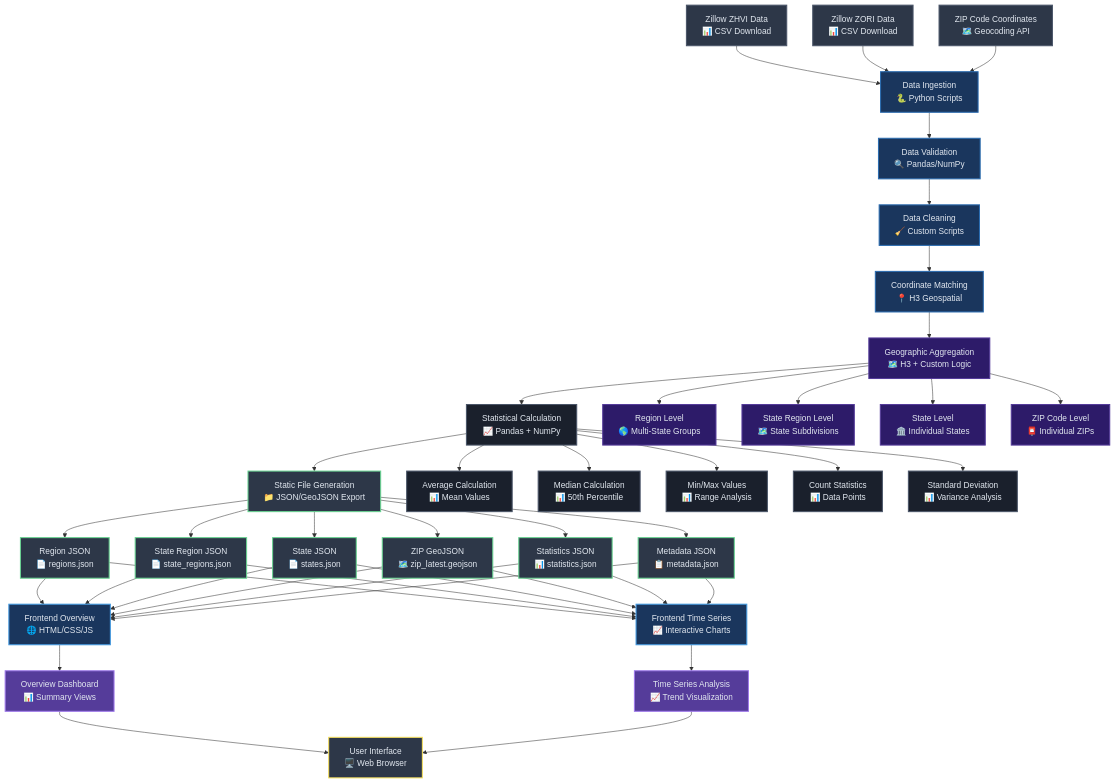
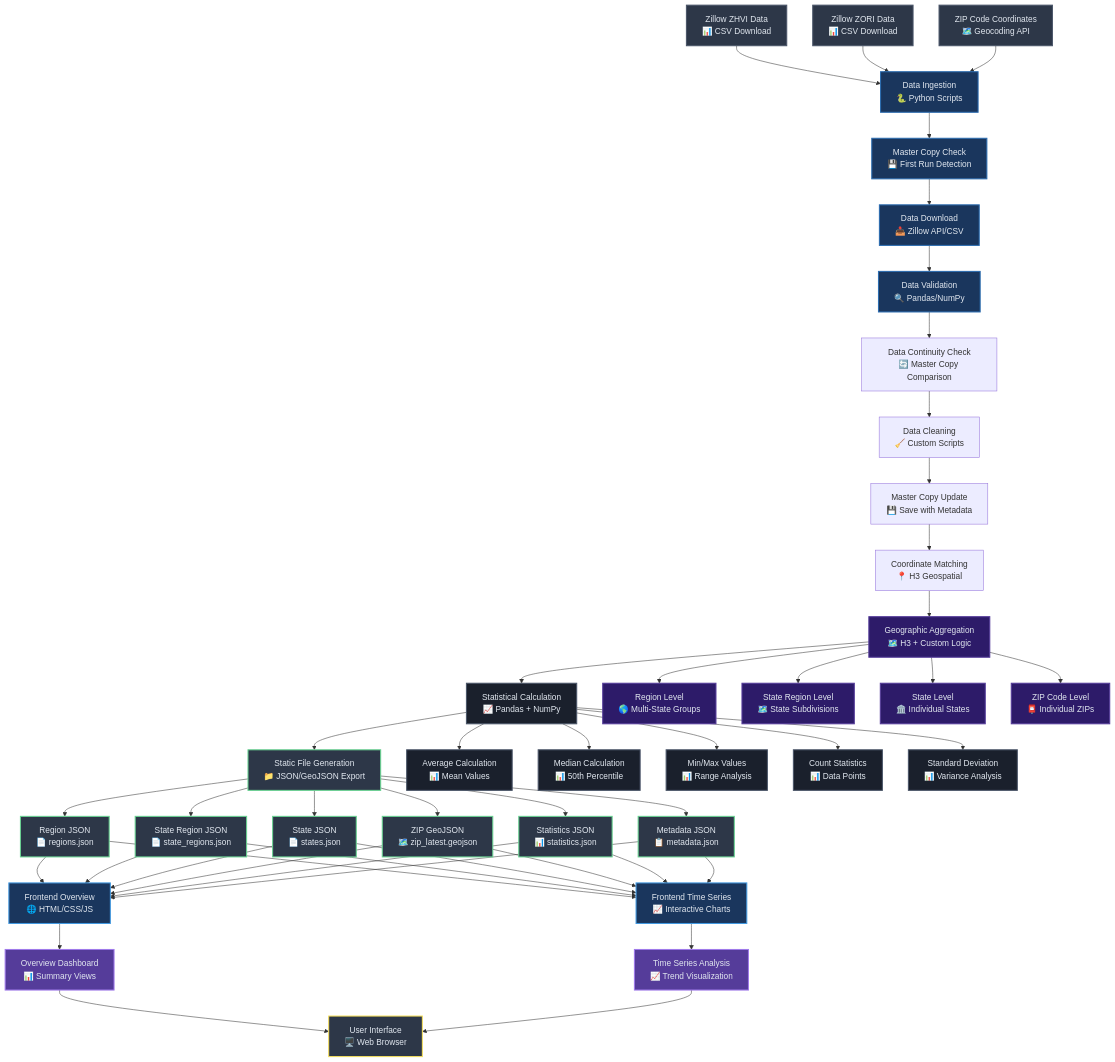
Before and after one commit to RobertJStewart/RE: the second of 7 diagrams in WORKFLOW_DIAGRAM.md, drawn with Mermaid. The commit also changed other lines of this file and 4 other files, not shown here.

```diff
--- a/WORKFLOW_DIAGRAM.md
+++ b/WORKFLOW_DIAGRAM.md
@@ -10,12 +56,16 @@
     A3[ZIP Code Coordinates<br/>🗺️ Geocoding API] --> B
     
     %% Data Ingestion Details
-    B --> B1[Data Validation<br/>🔍 Pandas/NumPy]
-    B1 --> B2[Data Cleaning<br/>🧹 Custom Scripts]
-    B2 --> B3[Coordinate Matching<br/>📍 H3 Geospatial]
+    B --> B1[Master Copy Check<br/>💾 First Run Detection]
+    B1 --> B2[Data Download<br/>📥 Zillow API/CSV]
+    B2 --> B3[Data Validation<br/>🔍 Pandas/NumPy]
+    B3 --> B4[Data Continuity Check<br/>🔄 Master Copy Comparison]
+    B4 --> B5[Data Cleaning<br/>🧹 Custom Scripts]
+    B5 --> B6[Master Copy Update<br/>💾 Save with Metadata]
+    B6 --> B7[Coordinate Matching<br/>📍 H3 Geospatial]
     
     %% Backend Processing Pipeline
-    B3 --> C[Geographic Aggregation<br/>🗺️ H3 + Custom Logic]
+    B7 --> C[Geographic Aggregation<br/>🗺️ H3 + Custom Logic]
     C --> D[Statistical Calculation<br/>📈 Pandas + NumPy]
     D --> E[Static File Generation<br/>📁 JSON/GeoJSON Export]
     
```
